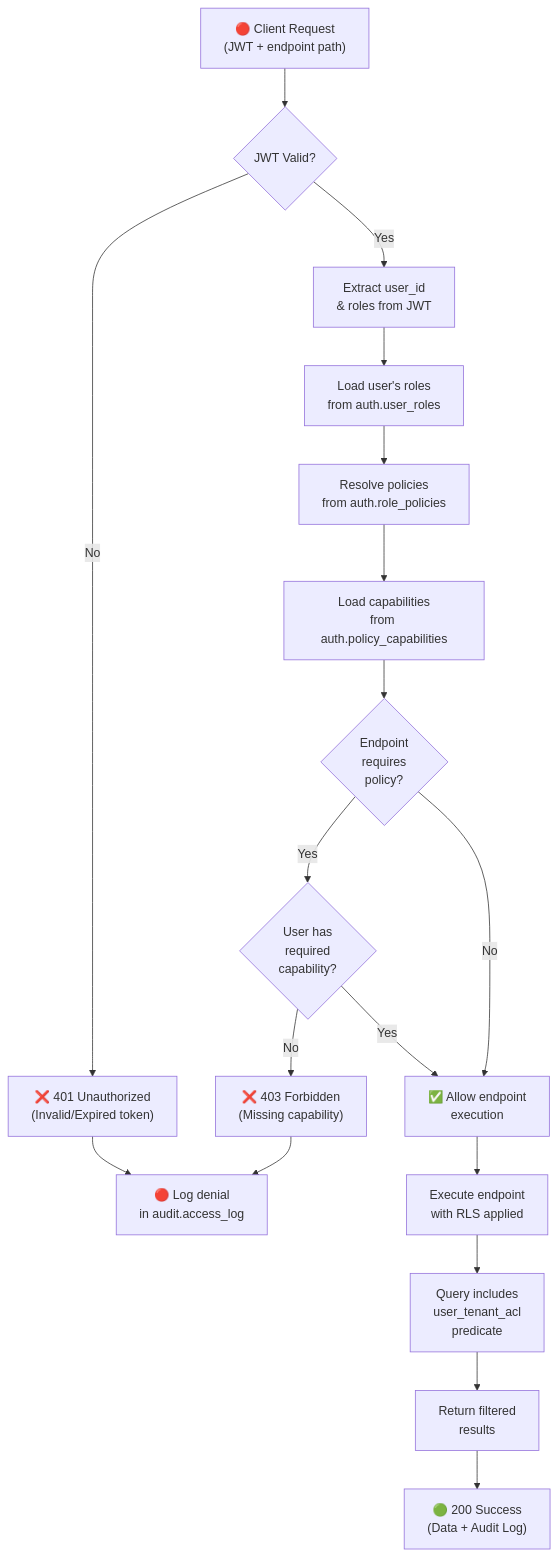
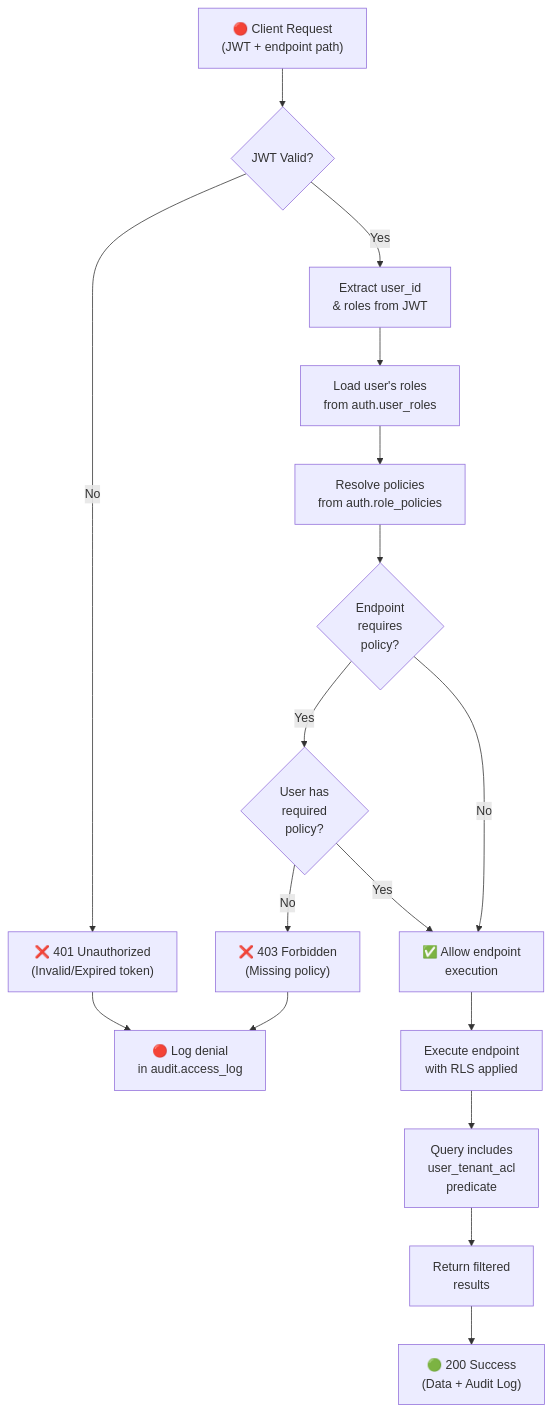
The diagram in LBE/architecture/request-lifecycle.md (LaborManagement/documentation), drawn with Mermaid before and after one commit. The commit also changed other lines of this file, not shown here.

Commit message:
capability removed from doc

````diff
--- a/LBE/architecture/request-lifecycle.md
+++ b/LBE/architecture/request-lifecycle.md
@@ -9,20 +9,19 @@
 ```mermaid
 flowchart TD
     A["🔴 Client Request<br/>(JWT + endpoint path)"] --> B{JWT Valid?}
     B -->|No| C["❌ 401 Unauthorized<br/>(Invalid/Expired token)"]
     B -->|Yes| D["Extract user_id<br/>& roles from JWT"]
     D --> E["Load user's roles<br/>from auth.user_roles"]
     E --> F["Resolve policies<br/>from auth.role_policies"]
-    F --> G["Load capabilities<br/>from auth.policy_capabilities"]
-    G --> H{Endpoint<br/>requires<br/>policy?}
-    H -->|Yes| I{User has<br/>required<br/>capability?}
-    I -->|No| J["❌ 403 Forbidden<br/>(Missing capability)"]
-    I -->|Yes| K["✅ Allow endpoint<br/>execution"]
-    H -->|No| K
+    F --> G{Endpoint<br/>requires<br/>policy?}
+    G -->|Yes| H{User has<br/>required<br/>policy?}
+    H -->|No| J["❌ 403 Forbidden<br/>(Missing policy)"]
+    H -->|Yes| K["✅ Allow endpoint<br/>execution"]
+    G -->|No| K
     K --> L["Execute endpoint<br/>with RLS applied"]
     L --> M["Query includes<br/>user_tenant_acl<br/>predicate"]
     M --> N["Return filtered<br/>results"]
     N --> O["🟢 200 Success<br/>(Data + Audit Log)"]
     C --> P["🔴 Log denial<br/>in audit.access_log"]
     J --> P
 ```
````
